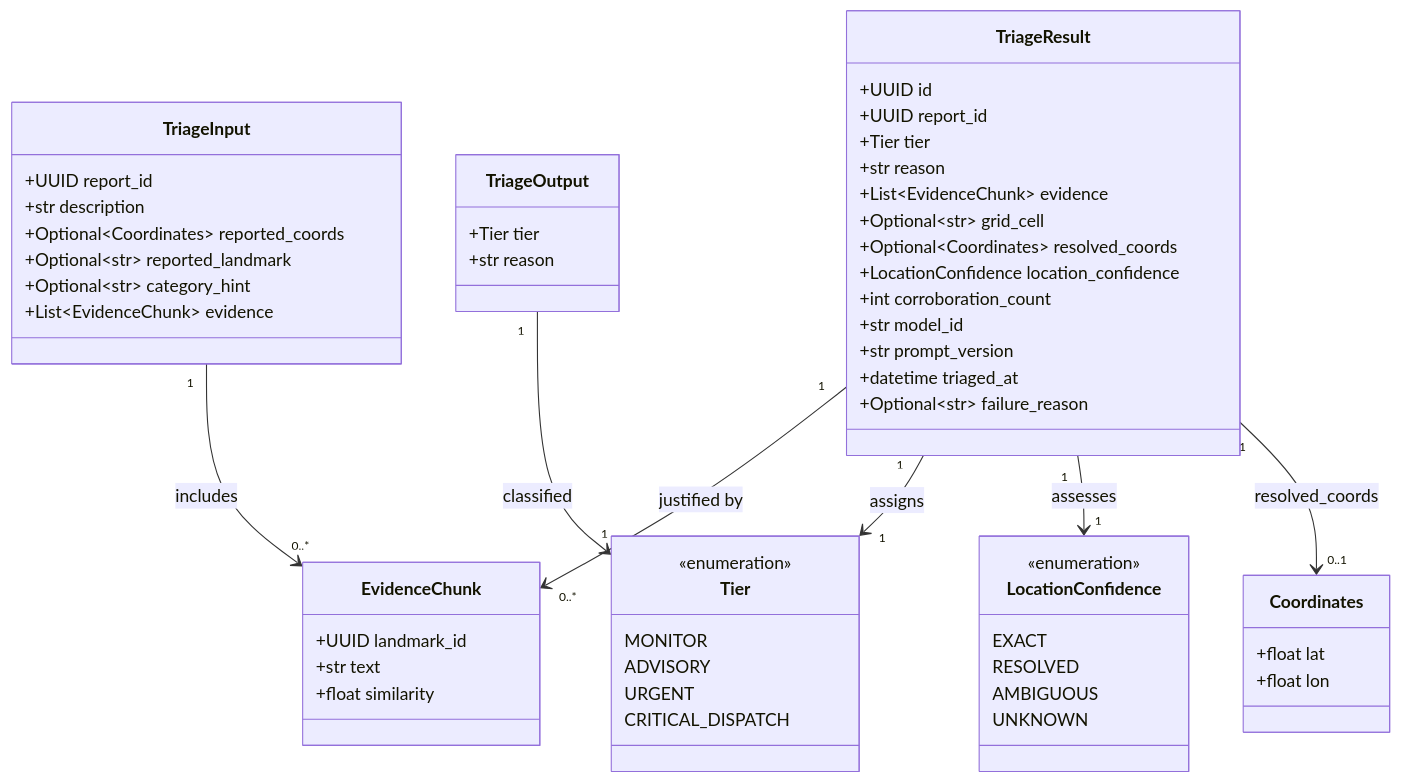
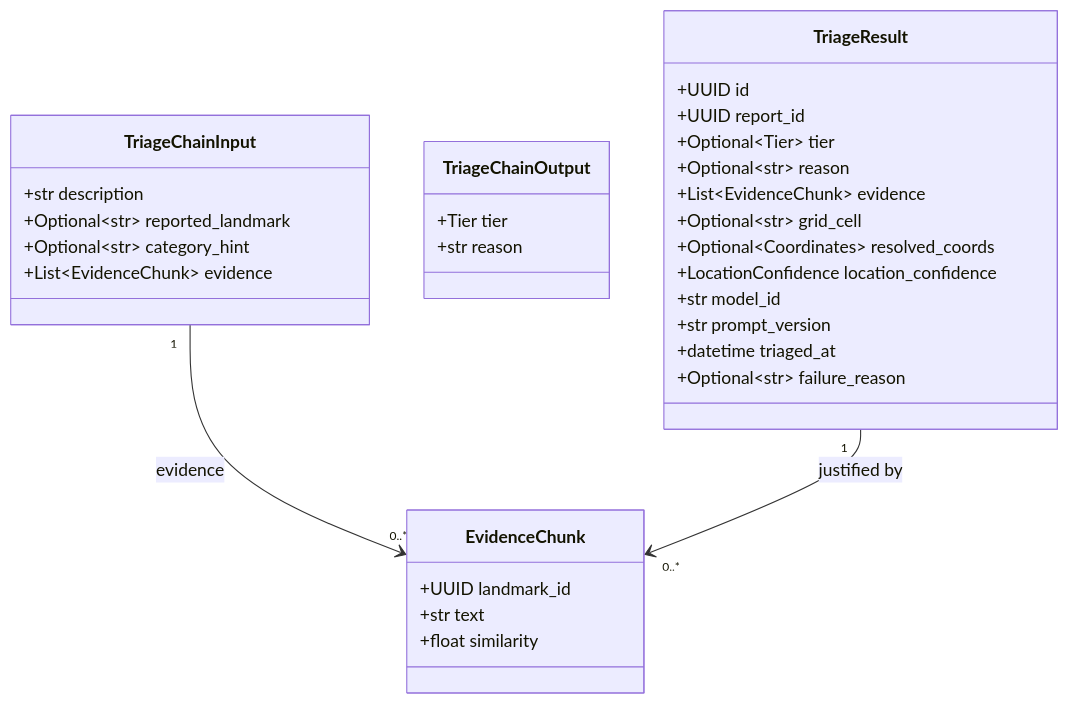
Before and after one commit to Katlego-tech/Grid-Lock: the first of 3 diagrams in docs/design/triage.md, drawn with Mermaid. The commit also changed other lines of this file and 4 other files, not shown here.

````diff
--- a/docs/design/triage.md
+++ b/docs/design/triage.md
@@ -38,66 +37,38 @@
 ```mermaid
 classDiagram
-    class TriageInput {
-        +UUID report_id
+    class TriageChainInput {
         +str description
-        +Optional~Coordinates~ reported_coords
         +Optional~str~ reported_landmark
         +Optional~str~ category_hint
         +List~EvidenceChunk~ evidence
     }
 
-    class TriageOutput {
+    class TriageChainOutput {
         +Tier tier
         +str reason
     }
 
     class TriageResult {
         +UUID id
         +UUID report_id
-        +Tier tier
-        +str reason
+        +Optional~Tier~ tier
+        +Optional~str~ reason
         +List~EvidenceChunk~ evidence
         +Optional~str~ grid_cell
         +Optional~Coordinates~ resolved_coords
         +LocationConfidence location_confidence
-        +int corroboration_count
         +str model_id
         +str prompt_version
         +datetime triaged_at
         +Optional~str~ failure_reason
     }
 
     class EvidenceChunk {
         +UUID landmark_id
         +str text
         +float similarity
     }
 
-    class Coordinates {
-        +float lat
-        +float lon
-    }
-
-    class Tier {
-        <<enumeration>>
-        MONITOR
-        ADVISORY
-        URGENT
-        CRITICAL_DISPATCH
-    }
-
-    class LocationConfidence {
-        <<enumeration>>
-        EXACT
-        RESOLVED
-        AMBIGUOUS
-        UNKNOWN
-    }
-
-    TriageInput "1" --> "0..*" EvidenceChunk : includes
+    TriageChainInput "1" --> "0..*" EvidenceChunk : evidence
     TriageResult "1" --> "0..*" EvidenceChunk : justified by
-    TriageResult "1" --> "1" Tier : assigns
-    TriageResult "1" --> "1" LocationConfidence : assesses
-    TriageResult "1" --> "0..1" Coordinates : resolved_coords
-    TriageOutput "1" --> "1" Tier : classified
 ```
````
